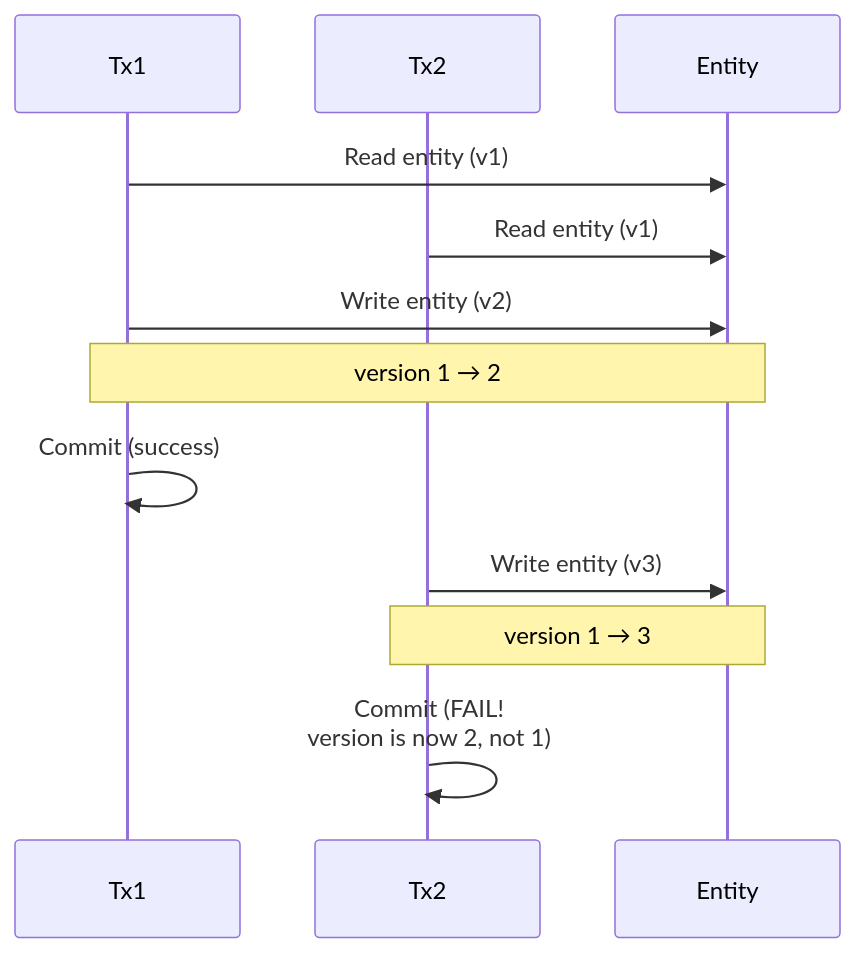
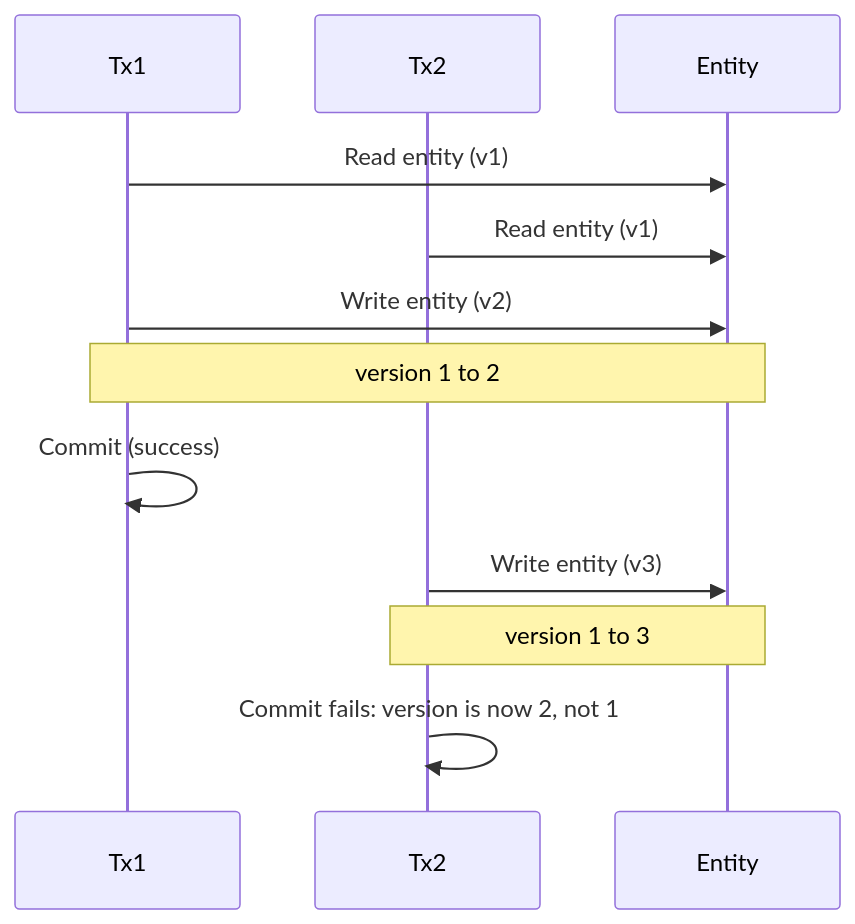
Before and after one commit to nexepic/zyx: the second of 3 diagrams in docs/en/algorithms/state-chain-optimistic-locking.md, drawn with Mermaid. The commit also changed other lines of this file and 21 other files, not shown here.

First line of the commit message:
fix: resolve Mermaid diagram display issues in VitePress

````diff
--- a/docs/en/algorithms/state-chain-optimistic-locking.md
+++ b/docs/en/algorithms/state-chain-optimistic-locking.md
@@ -186,15 +192,15 @@
 ```mermaid
 sequenceDiagram
     participant Tx1
     participant Tx2
     participant Entity
 
     Tx1->>Entity: Read entity (v1)
     Tx2->>Entity: Read entity (v1)
     Tx1->>Entity: Write entity (v2)
-    Note over Tx1,Entity: version 1 → 2
+    Note over Tx1,Entity: version 1 to 2
     Tx1->>Tx1: Commit (success)
     Tx2->>Entity: Write entity (v3)
-    Note over Tx2,Entity: version 1 → 3
-    Tx2->>Tx2: Commit (FAIL!<br/>version is now 2, not 1)
+    Note over Tx2,Entity: version 1 to 3
+    Tx2->>Tx2: Commit fails: version is now 2, not 1
 ```
````
